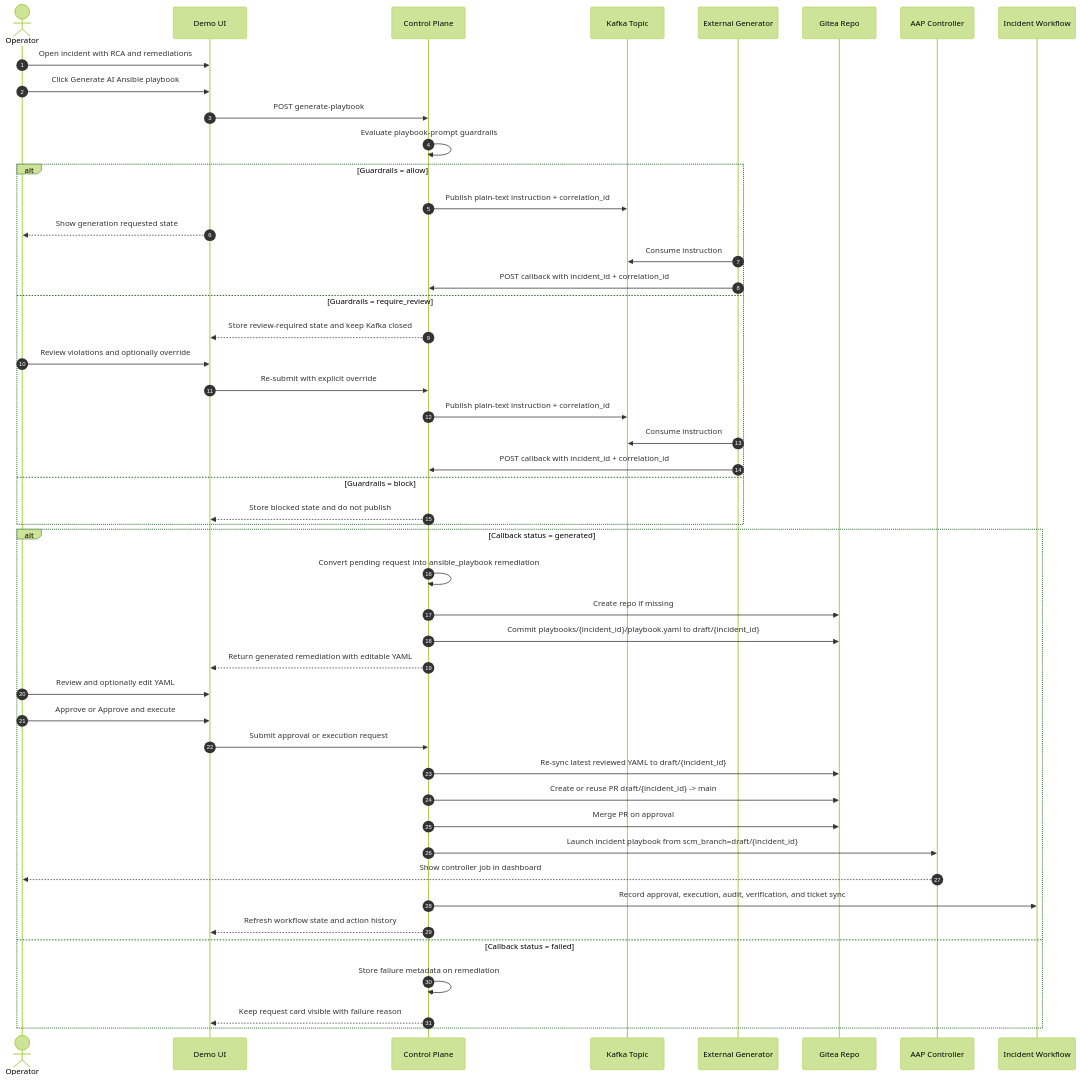
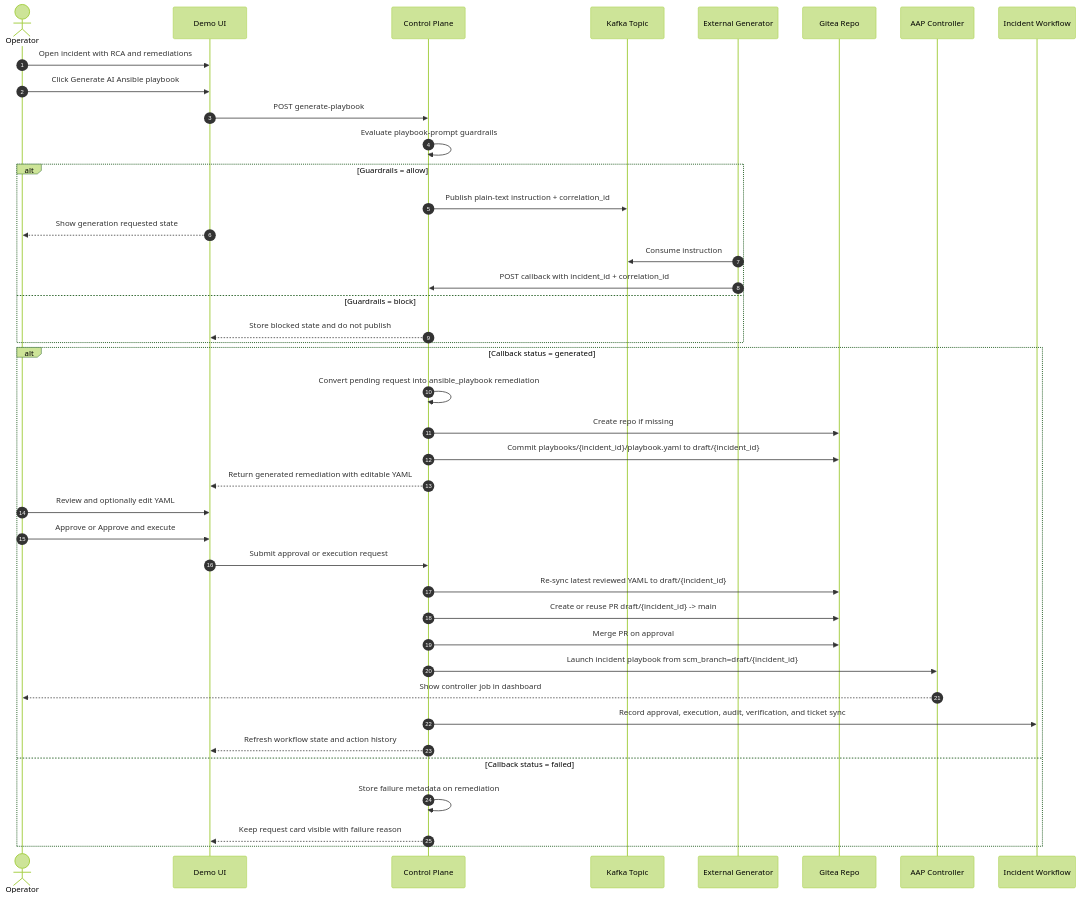
One commit to rh-telco-tigers/Autonomous-Network-Intelligence-Anomaly-Detection-with-Red-Hat-OpenShift-AI changed the diagram in docs/architecture/ai-playbook-generation.md. Above: the diagram before and after it, drawn with Mermaid (forest theme). The commit also changed other lines of this file and 4 other files, not shown here.

````diff
--- a/docs/architecture/ai-playbook-generation.md
+++ b/docs/architecture/ai-playbook-generation.md
@@ -85,53 +83,46 @@
 ```mermaid
 sequenceDiagram
     autonumber
     actor Operator
     participant UI as Demo UI
     participant CP as Control Plane
     participant Kafka as Kafka Topic
     participant Gen as External Generator
     participant Git as Gitea Repo
     participant AAP as AAP Controller
     participant WF as Incident Workflow
 
     Operator->>UI: Open incident with RCA and remediations
     Operator->>UI: Click Generate AI Ansible playbook
     UI->>CP: POST generate-playbook
     CP->>CP: Evaluate playbook-prompt guardrails
 
     alt Guardrails = allow
         CP->>Kafka: Publish plain-text instruction + correlation_id
         UI-->>Operator: Show generation requested state
-        Gen->>Kafka: Consume instruction
-        Gen->>CP: POST callback with incident_id + correlation_id
-    else Guardrails = require_review
-        CP-->>UI: Store review-required state and keep Kafka closed
-        Operator->>UI: Review violations and optionally override
-        UI->>CP: Re-submit with explicit override
-        CP->>Kafka: Publish plain-text instruction + correlation_id
         Gen->>Kafka: Consume instruction
         Gen->>CP: POST callback with incident_id + correlation_id
     else Guardrails = block
         CP-->>UI: Store blocked state and do not publish
     end
 
     alt Callback status = generated
         CP->>CP: Convert pending request into ansible_playbook remediation
         CP->>Git: Create repo if missing
         CP->>Git: Commit playbooks/{incident_id}/playbook.yaml to draft/{incident_id}
         CP-->>UI: Return generated remediation with editable YAML
         Operator->>UI: Review and optionally edit YAML
         Operator->>UI: Approve or Approve and execute
         UI->>CP: Submit approval or execution request
         CP->>Git: Re-sync latest reviewed YAML to draft/{incident_id}
         CP->>Git: Create or reuse PR draft/{incident_id} -> main
         CP->>Git: Merge PR on approval
         CP->>AAP: Launch incident playbook from scm_branch=draft/{incident_id}
         AAP-->>Operator: Show controller job in dashboard
         CP->>WF: Record approval, execution, audit, verification, and ticket sync
         CP-->>UI: Refresh workflow state and action history
     else Callback status = failed
         CP->>CP: Store failure metadata on remediation
         CP-->>UI: Keep request card visible with failure reason
     end
 ```
````
